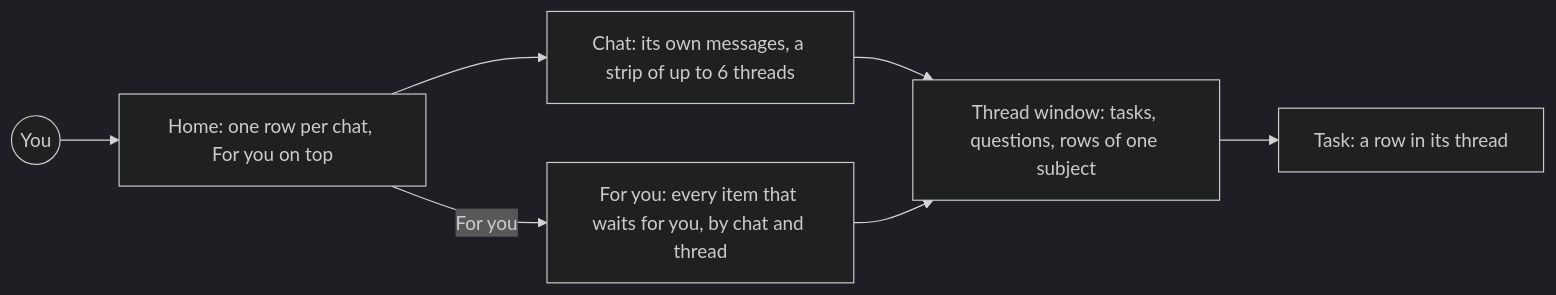
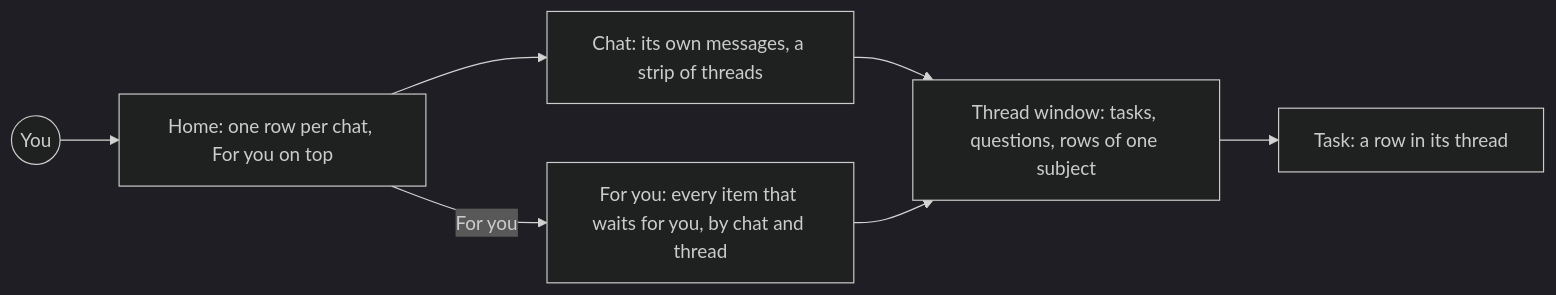
One commit to vlwkaos/wsx changed the first of 2 diagrams in docs/design/chat-system.md. Above: the diagram before and after it, drawn with Mermaid (dark theme). The commit also changed other lines of this file and 9 other files, not shown here.

Commit message:
chat-system.md: no cap, no automatic close (owner 5278); waiting threads first and findable (owner 5280); chat mock shows the order and the waiting line

````diff
--- a/docs/design/chat-system.md
+++ b/docs/design/chat-system.md
@@ -17,9 +17,9 @@
 ```mermaid
 flowchart LR
   O((You)) --> H[Home: one row per chat, For you on top]
-  H --> C["Chat: its own messages, a strip of up to 6 threads"]
+  H --> C["Chat: its own messages, a strip of threads"]
   C --> T["Thread window: tasks, questions, rows of one subject"]
   T --> K[Task: a row in its thread]
   H -->|For you| F["For you: every item that waits for you, by chat and thread"]
   F --> T
 ```
````
